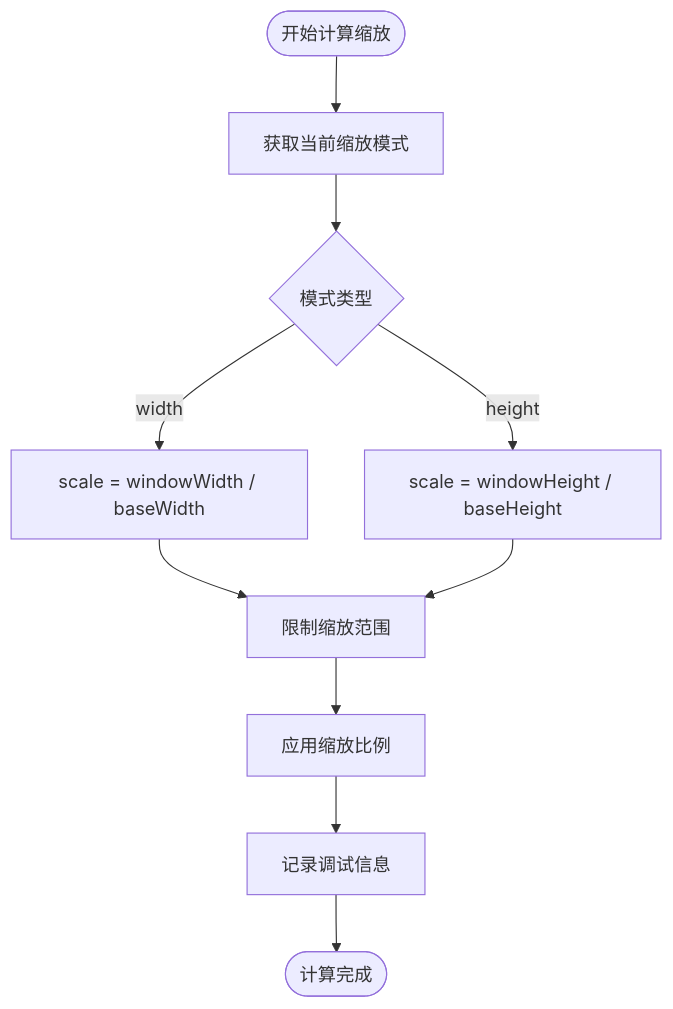
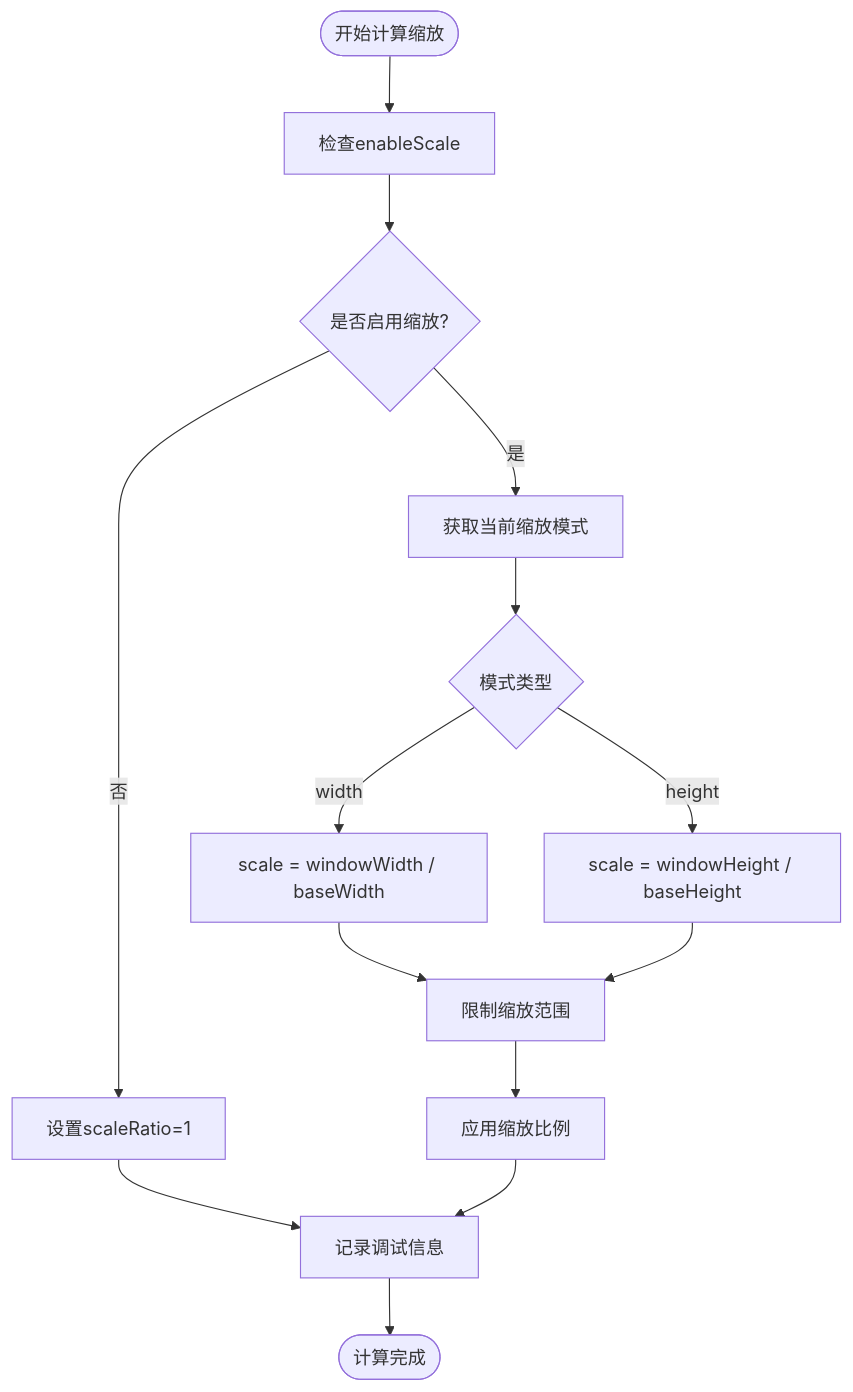
Before and after one commit to zhibo1997/government-dashboard: the fifth of 13 diagrams in .qoder/repowiki/zh/content/核心组件架构/响应式包装器.md, drawn with Mermaid. The commit also changed other lines of this file and 28 other files, not shown here.

````diff
--- a/.qoder/repowiki/zh/content/核心组件架构/响应式包装器.md
+++ b/.qoder/repowiki/zh/content/核心组件架构/响应式包装器.md
@@ -195,12 +218,16 @@
 ```mermaid
 flowchart TD
-Start([开始计算缩放]) --> GetMode["获取当前缩放模式"]
+Start([开始计算缩放]) --> CheckEnable["检查enableScale"]
+CheckEnable --> EnableCheck{"是否启用缩放?"}
+EnableCheck --> |否| SetDefault["设置scaleRatio=1"]
+EnableCheck --> |是| GetMode["获取当前缩放模式"]
 GetMode --> ModeCheck{"模式类型"}
 ModeCheck --> |width| CalcWidth["scale = windowWidth / baseWidth"]
 ModeCheck --> |height| CalcHeight["scale = windowHeight / baseHeight"]
 CalcWidth --> ClampScale["限制缩放范围"]
 CalcHeight --> ClampScale
 ClampScale --> ApplyScale["应用缩放比例"]
-ApplyScale --> LogResult["记录调试信息"]
+SetDefault --> LogResult["记录调试信息"]
+ApplyScale --> LogResult
 LogResult --> End([计算完成])
 ```
````
